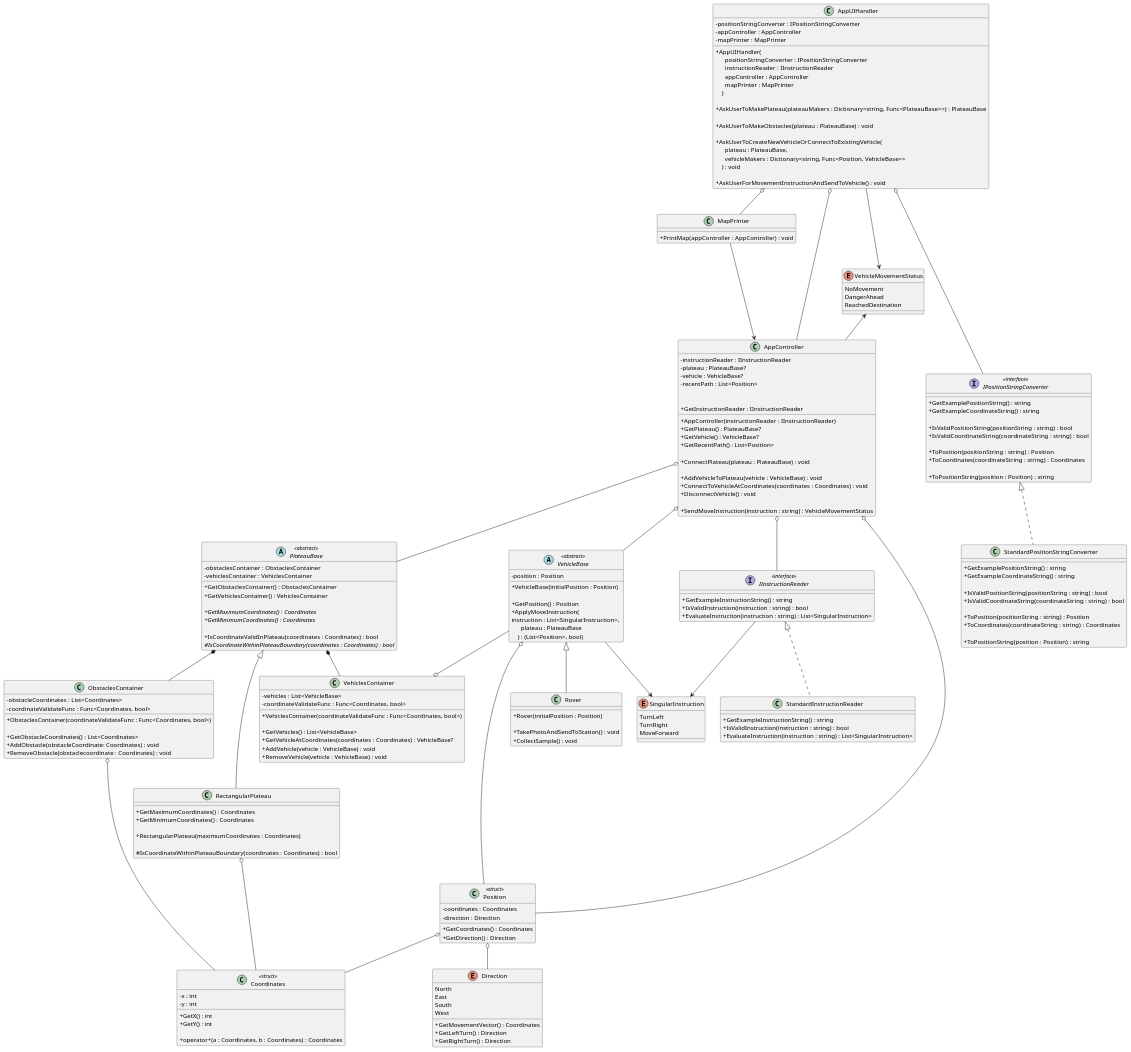
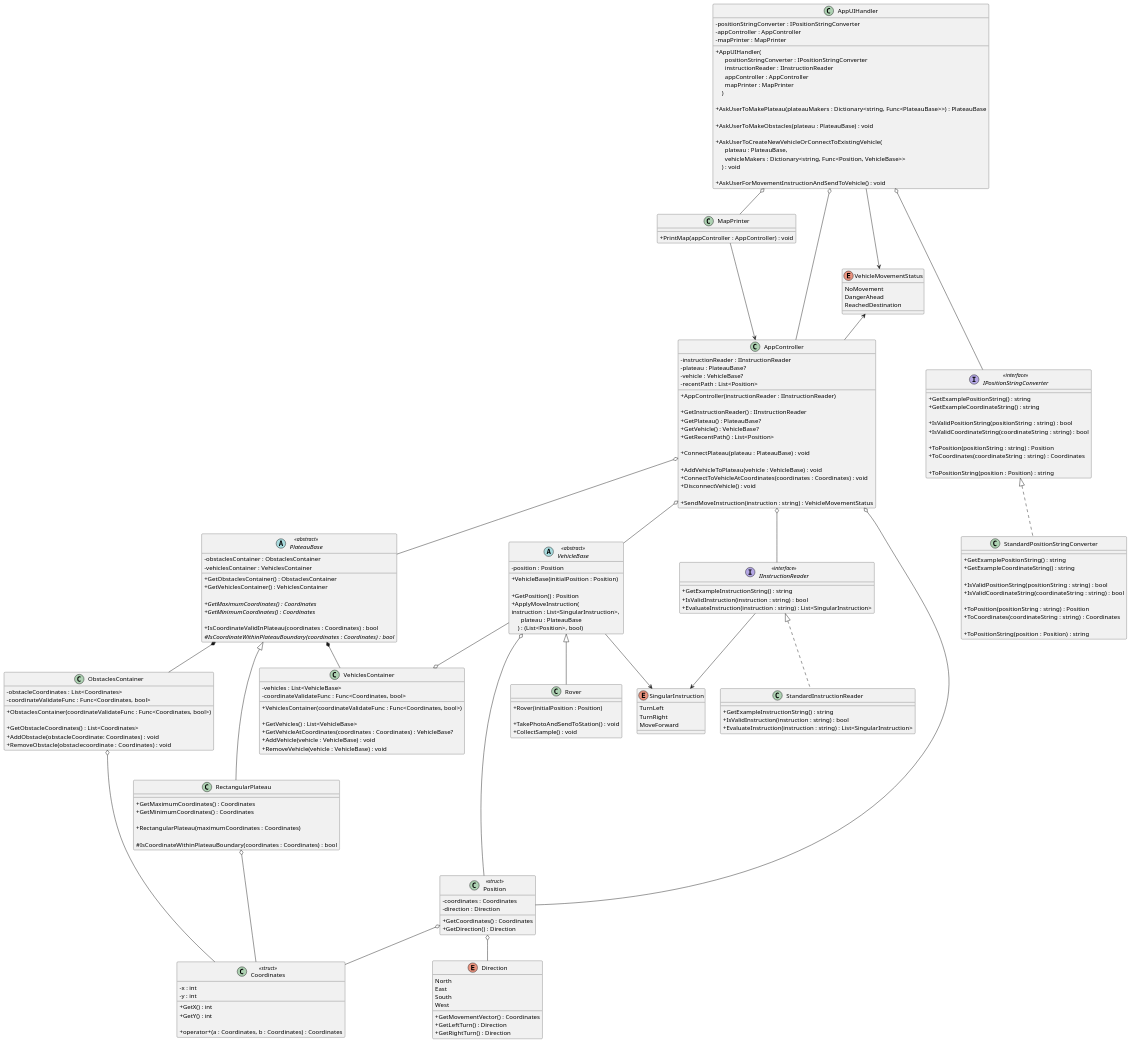
Before and after one commit to iamfranco/MarsRoverChallenge: the diagram in diagrams/MarsRoverChallenge.puml, drawn with PlantUML. The commit also changed 1 other file, not shown here.

Commit message:
UML: add missing parentheses to GetInstructionReader method

```diff
--- a/diagrams/MarsRoverChallenge.puml
+++ b/diagrams/MarsRoverChallenge.puml
@@ -47,7 +47,7 @@
 
   + AppController(instructionReader : IInstructionReader)
   
-  + GetInstructionReader : IInstructionReader
+  + GetInstructionReader() : IInstructionReader
   + GetPlateau() : PlateauBase?
   + GetVehicle() : VehicleBase?
   + GetRecentPath() : List<Position>
```
